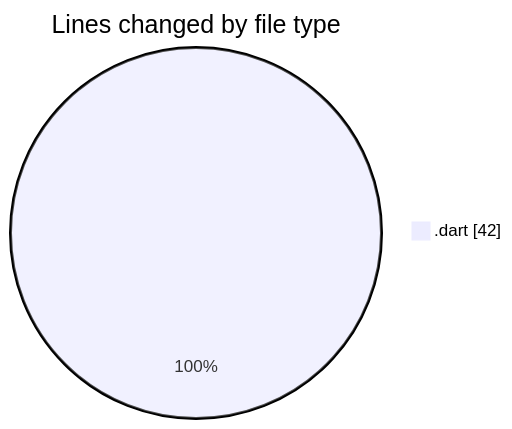
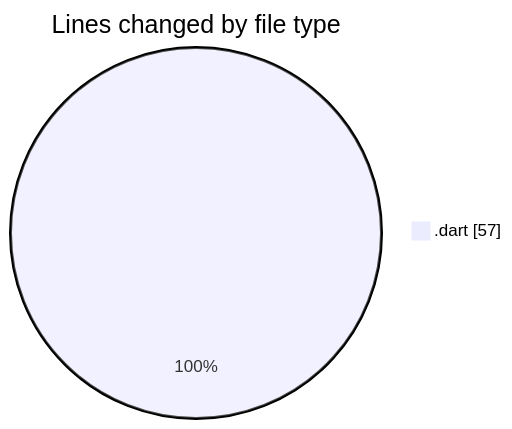
The first of 2 diagrams in 2025-08-04/studybuddy/README.md (lephambinh05/code-tracking), drawn with Mermaid before and after one commit. The commit also changed other lines of this file and 1 other file, not shown here.

````diff
--- a/2025-08-04/studybuddy/README.md
+++ b/2025-08-04/studybuddy/README.md
@@ -21,5 +22,5 @@
 ```mermaid
 pie showData
 title Lines changed by file type
-".dart" : 42
+".dart" : 57
 ```
````
